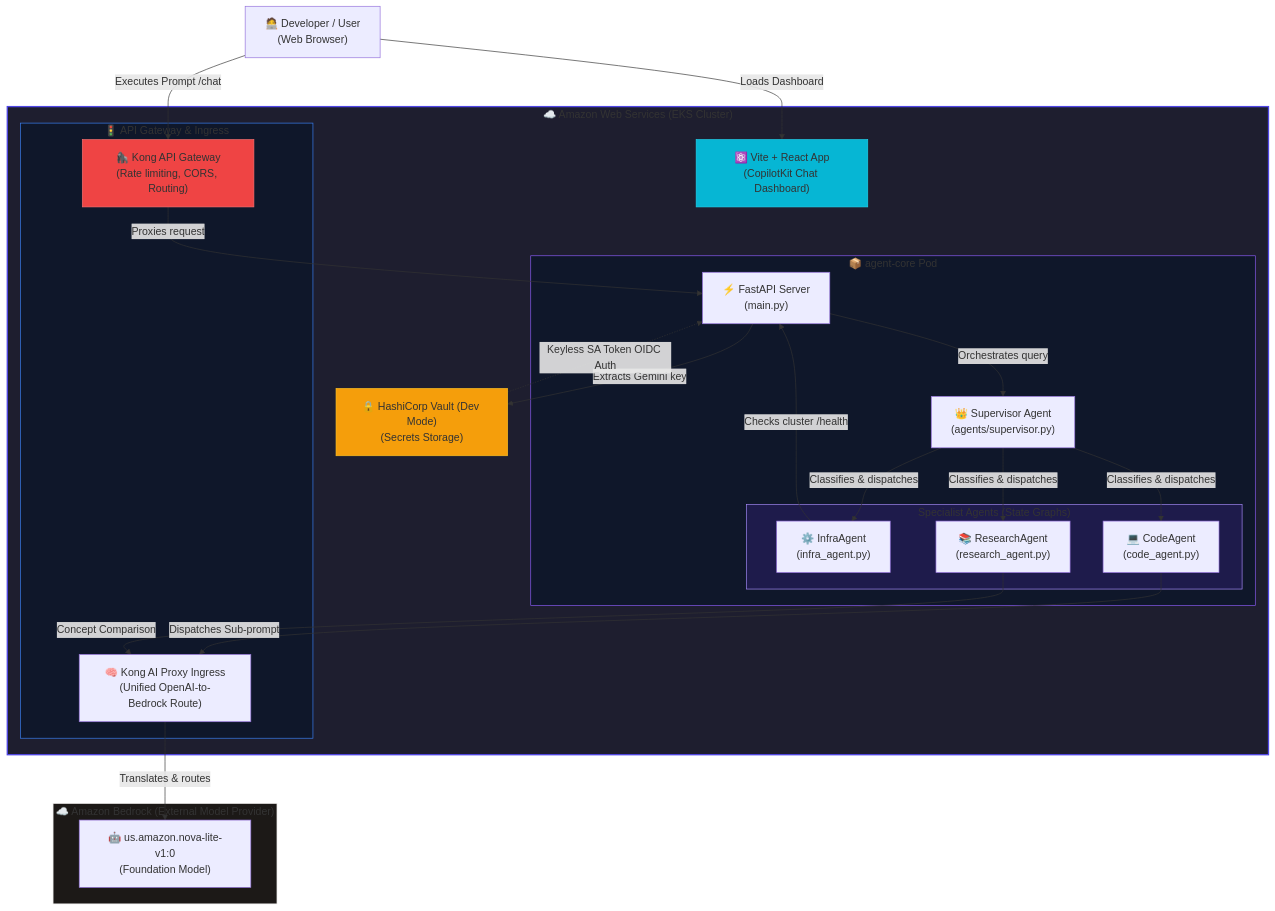
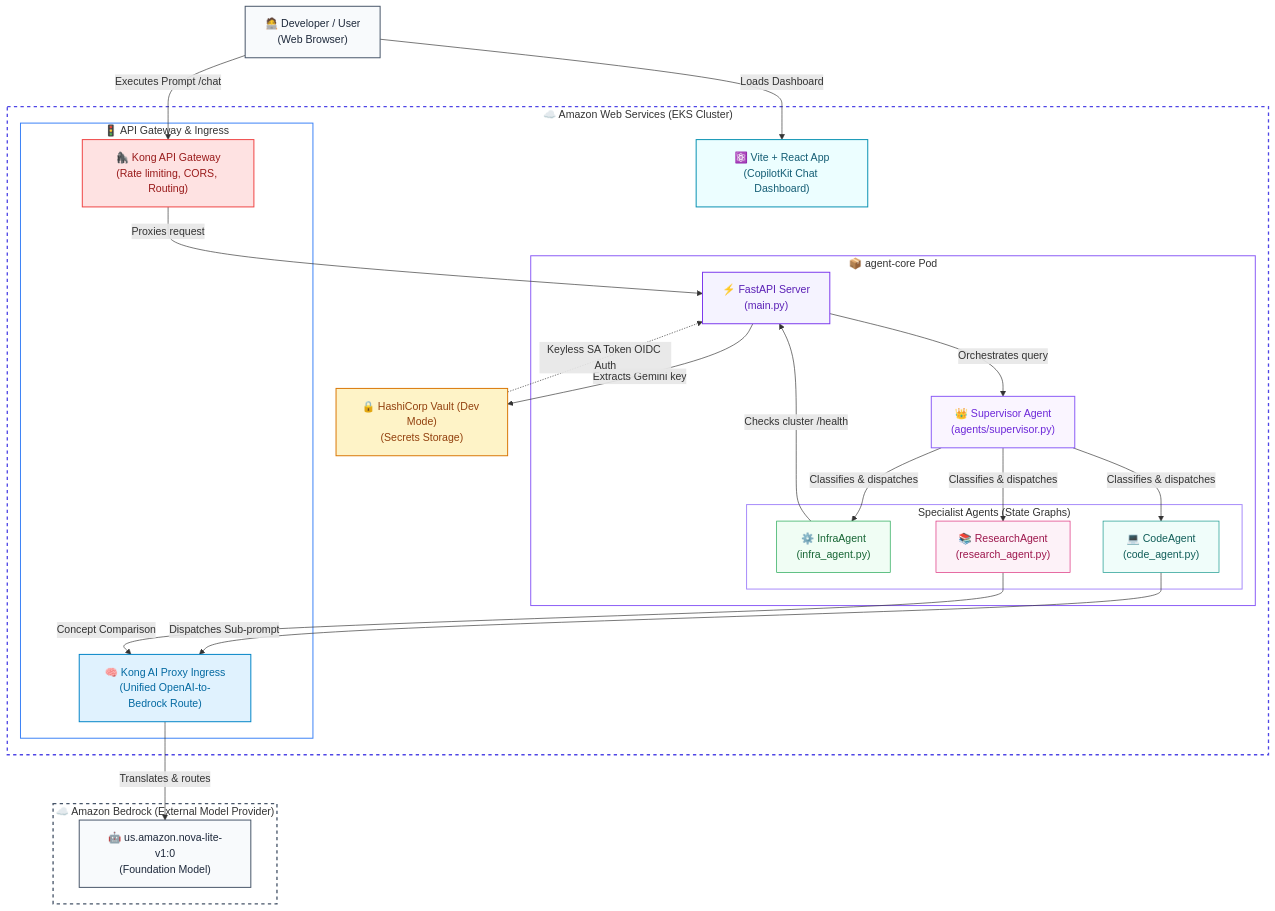
Before and after one commit to ivavi9/agentinfra: the diagram in README.md, drawn with Mermaid.

Commit message:
style(docs): make Mermaid C4 diagram theme-agnostic with transparent subgraphs and high-contrast nodes

````diff
--- a/README.md
+++ b/README.md
@@ -11,63 +11,72 @@
 ```mermaid
 graph TB
     %% External Users
     Developer["🧑‍💻 Developer / User\n(Web Browser)"]
 
     subgraph AWS ["☁️ Amazon Web Services (EKS Cluster)"]
         %% Ingress Layer
         subgraph IngressLayer ["🚦 API Gateway & Ingress"]
             Kong["🦍 Kong API Gateway\n(Rate limiting, CORS, Routing)"]
             KongAI["🧠 Kong AI Proxy Ingress\n(Unified OpenAI-to-Bedrock Route)"]
         end
 
         %% Frontend Layer
         ViteUI["⚛️ Vite + React App\n(CopilotKit Chat Dashboard)"]
 
         %% Core Backend Pod
         subgraph AgentPod ["📦 agent-core Pod"]
             FastAPI["⚡ FastAPI Server\n(main.py)"]
             Supervisor["👑 Supervisor Agent\n(agents/supervisor.py)"]
             
             subgraph Specialists ["Specialist Agents (State Graphs)"]
                 InfraAgent["⚙️ InfraAgent\n(infra_agent.py)"]
                 CodeAgent["💻 CodeAgent\n(code_agent.py)"]
                 ResearchAgent["📚 ResearchAgent\n(research_agent.py)"]
             end
         end
 
         %% Security Pod
         Vault["🔒 HashiCorp Vault (Dev Mode)\n(Secrets Storage)"]
     end
 
     %% External Foundation Models
     subgraph Bedrock ["☁️ Amazon Bedrock (External Model Provider)"]
         NovaLite["🤖 us.amazon.nova-lite-v1:0\n(Foundation Model)"]
     end
 
     %% Connections
     Developer -->|Loads Dashboard| ViteUI
     Developer -->|Executes Prompt /chat| Kong
     Kong -->|Proxies request| FastAPI
     FastAPI -->|Extracts Gemini key| Vault
     Vault -.->|Keyless SA Token OIDC Auth| FastAPI
     FastAPI -->|Orchestrates query| Supervisor
     
     Supervisor -->|Classifies & dispatches| InfraAgent
     Supervisor -->|Classifies & dispatches| CodeAgent
     Supervisor -->|Classifies & dispatches| ResearchAgent
     
     InfraAgent -->|Checks cluster /health| FastAPI
     CodeAgent -->|Dispatches Sub-prompt| KongAI
     ResearchAgent -->|Concept Comparison| KongAI
     
     KongAI -->|Translates & routes| NovaLite
     
-    style AWS fill:#1e1e2f,stroke:#4f46e5,stroke-width:2px;
-    style IngressLayer fill:#0f172a,stroke:#3b82f6,stroke-width:1px;
-    style AgentPod fill:#0f172a,stroke:#8b5cf6,stroke-width:1px;
-    style Specialists fill:#1e1b4b,stroke:#a78bfa,stroke-width:1px;
-    style Bedrock fill:#1c1917,stroke:#e7e5e4,stroke-width:1px;
-    style Kong fill:#ef4444,stroke:#f87171,stroke-width:1px;
-    style Vault fill:#f59e0b,stroke:#fbbf24,stroke-width:1px;
-    style ViteUI fill:#06b6d4,stroke:#22d3ee,stroke-width:1px;
+    style AWS fill:none,stroke:#4f46e5,stroke-width:2px,stroke-dasharray: 5 5;
+    style IngressLayer fill:none,stroke:#3b82f6,stroke-width:1.5px;
+    style AgentPod fill:none,stroke:#8b5cf6,stroke-width:1.5px;
+    style Specialists fill:none,stroke:#a78bfa,stroke-width:1.5px;
+    style Bedrock fill:none,stroke:#475569,stroke-width:2px,stroke-dasharray: 5 5;
+    
+    style Kong fill:#fee2e2,stroke:#ef4444,stroke-width:1.5px,color:#991b1b;
+    style KongAI fill:#e0f2fe,stroke:#0284c7,stroke-width:1.5px,color:#0369a1;
+    style Vault fill:#fef3c7,stroke:#d97706,stroke-width:1.5px,color:#92400e;
+    style ViteUI fill:#ecfeff,stroke:#0891b2,stroke-width:1.5px,color:#155e75;
+    style FastAPI fill:#f5f3ff,stroke:#7c3aed,stroke-width:1.5px,color:#5b21b6;
+    style Supervisor fill:#faf5ff,stroke:#8b5cf6,stroke-width:1.5px,color:#6d28d9;
+    style InfraAgent fill:#f0fdf4,stroke:#16a34a,stroke-width:1px,color:#166534;
+    style CodeAgent fill:#f0fdfa,stroke:#0d9488,stroke-width:1px,color:#115e59;
+    style ResearchAgent fill:#fdf2f8,stroke:#db2777,stroke-width:1px,color:#9d174d;
+    style NovaLite fill:#f8fafc,stroke:#475569,stroke-width:1.5px,color:#1e293b;
+    style Developer fill:#f8fafc,stroke:#475569,stroke-width:1.5px,color:#1e293b;
 ```
````
